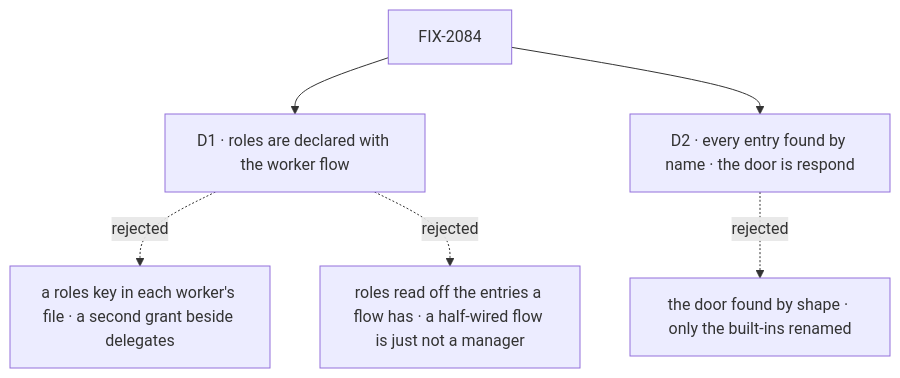
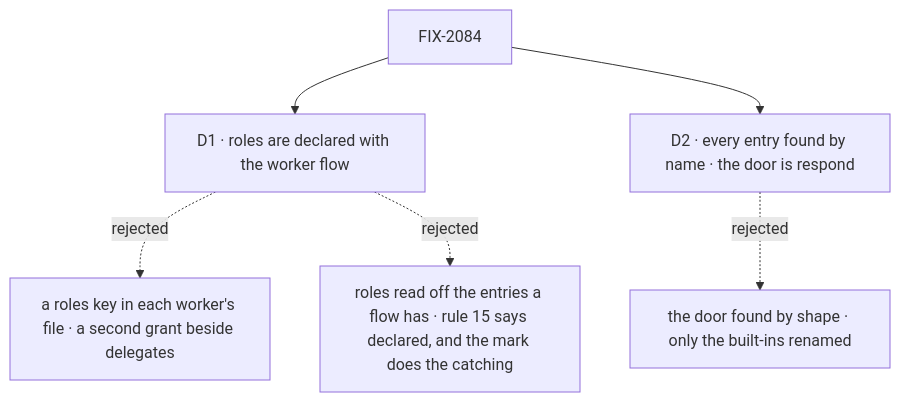
Before and after one commit to fixpoint-labs/flow-state-dev: the diagram in specs/issues/FIX-2084/DECISIONS.md, drawn with Mermaid. The commit also changed other lines of this file and 2 other files, not shown here.

First line of the commit message:
spec(FIX-2084): review round 1, the reverse check reads the factory's mark

````diff
--- a/specs/issues/FIX-2084/DECISIONS.md
+++ b/specs/issues/FIX-2084/DECISIONS.md
@@ -11,8 +11,8 @@
 ```mermaid
 flowchart TD
   I["FIX-2084"] --> D1["D1 · roles are declared with the worker flow"]
   D1 -.->|"rejected"| X1["a roles key in each worker's file · a second grant beside delegates"]
-  D1 -.->|"rejected"| X2["roles read off the entries a flow has · a half-wired flow is just not a manager"]
+  D1 -.->|"rejected"| X2["roles read off the entries a flow has · rule 15 says declared, and the mark does the catching"]
   I --> D2["D2 · every entry found by name · the door is respond"]
   D2 -.->|"rejected"| X3["the door found by shape · only the built-ins renamed"]
 ```
````
